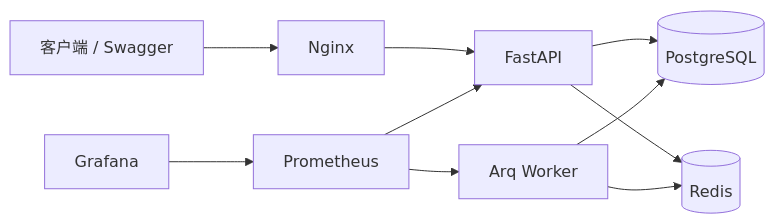
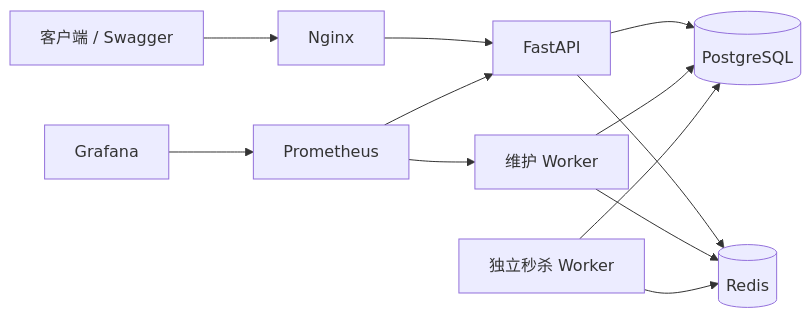
One commit to shuijiushikun/TicketFlow changed the diagram in README.md. Above: the diagram before and after it, drawn with Mermaid. The commit also changed other lines of this file, not shown here.

````diff
--- a/README.md
+++ b/README.md
@@ -33,12 +35,14 @@
 ```mermaid
 flowchart LR
     Client[客户端 / Swagger] --> Nginx[Nginx]
     Nginx --> API[FastAPI]
     API --> PG[(PostgreSQL)]
     API --> Redis[(Redis)]
-    Worker[Arq Worker] --> PG
+    Worker[维护 Worker] --> PG
     Worker --> Redis
+    SeckillWorker[独立秒杀 Worker] --> PG
+    SeckillWorker --> Redis
     Prometheus[Prometheus] --> API
     Prometheus --> Worker
     Grafana[Grafana] --> Prometheus
 ```
````
